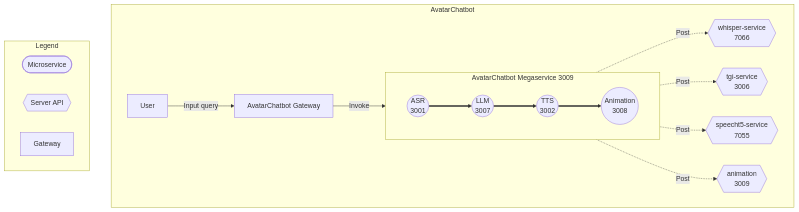
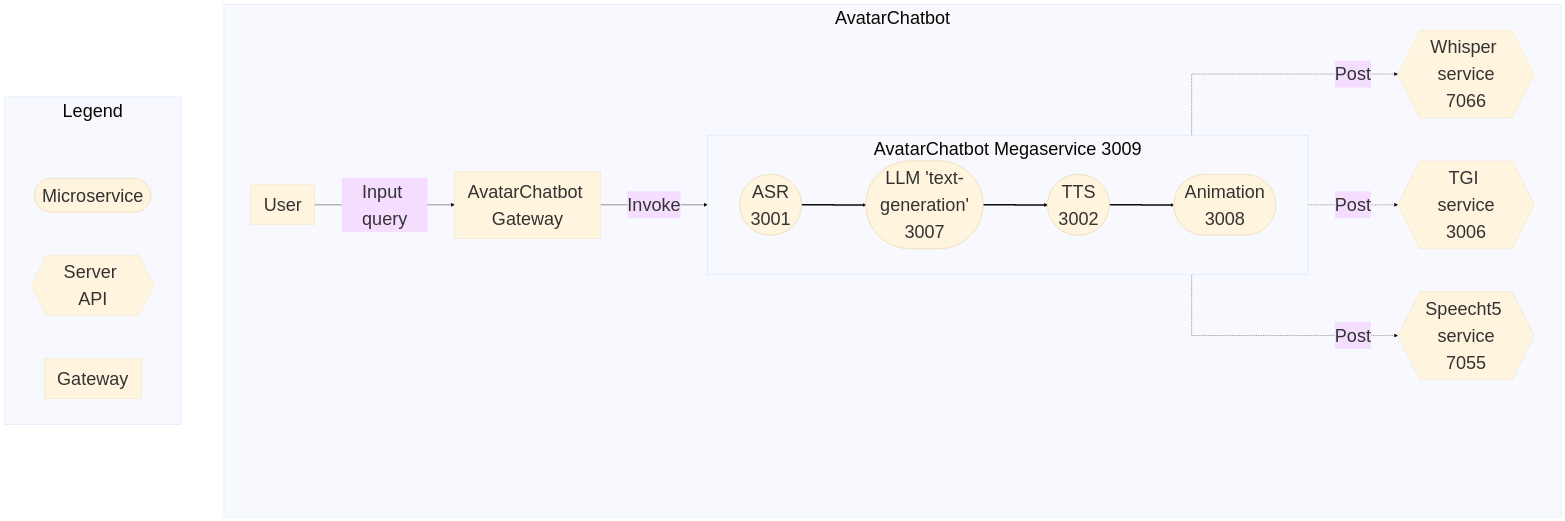
The second of 2 diagrams in community/rfcs/24-08-02-OPEA-AIAvatarChatbot.md (opea-project/docs), drawn with Mermaid before and after one commit. The commit also changed other lines of this file, not shown here.

Commit message:
updated mermaid graph with larger font

````diff
--- a/community/rfcs/24-08-02-OPEA-AIAvatarChatbot.md
+++ b/community/rfcs/24-08-02-OPEA-AIAvatarChatbot.md
@@ -112,30 +108,34 @@
 ```mermaid
+%%{ init : { "theme" : "base", "flowchart" : { "curve" : "stepBefore", "nodeSpacing": 100, "rankSpacing": 100 }, "themeVariables": { "fontSize": "42px" }}}%%
 flowchart TB
     subgraph AvatarChatbot
         direction LR
+        invisible1[ ]:::invisible 
+        invisible2[ ]:::invisible
         A[User] --> |Input query| B[AvatarChatbot Gateway]
         B --> |Invoke| Megaservice
         subgraph Megaservice["AvatarChatbot Megaservice 3009"]
             direction LR
-            C((ASR<br>3001))
-            E((LLM<br>3007))
-            G((TTS<br>3002))
-            I((Animation<br>3008))
+            C([ASR<br>3001])
+            E([LLM 'text-generation'<br>3007])
+            G([TTS<br>3002])
+            I([Animation<br>3008])
             C ==> E ==> G ==> I
         end
-        D{{whisper-service<br>7066}}
-        F{{tgi-service<br>3006}}
-        H{{speecht5-service<br>7055}}
-        J{{animation<br>3009}}
+        D{{Whisper service<br>7066}}
+        F{{TGI service<br>3006}}
+        H{{Speecht5 service<br>7055}}
         C -. Post .-> D
         E -. Post .-> F
         G -. Post .-> H
-        I -. Post .-> J
     end
     subgraph Legend
         direction LR
+        invisible3[ ]:::invisible
         L([Microservice]) 
         M{{Server API}} 
         N[Gateway]
     end
+    classDef invisible fill:transparent,stroke:transparent;
+
 ```
````
